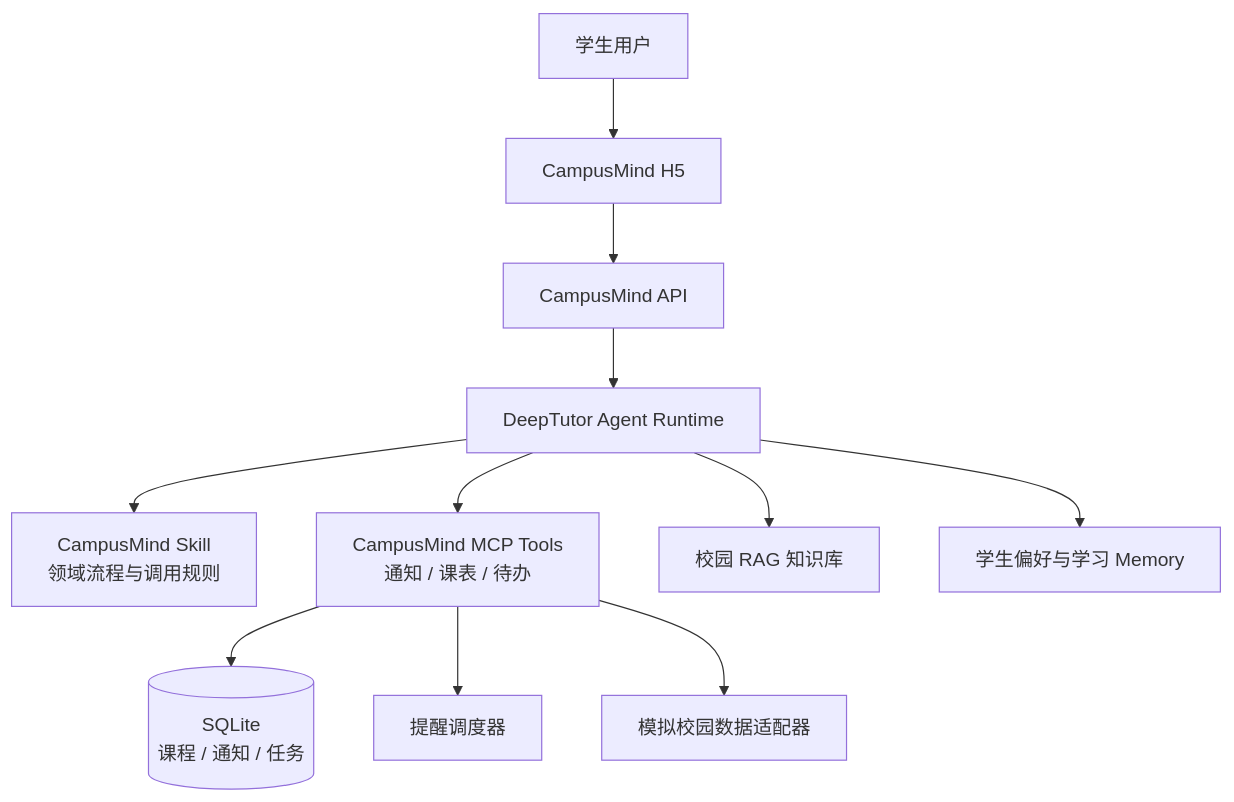
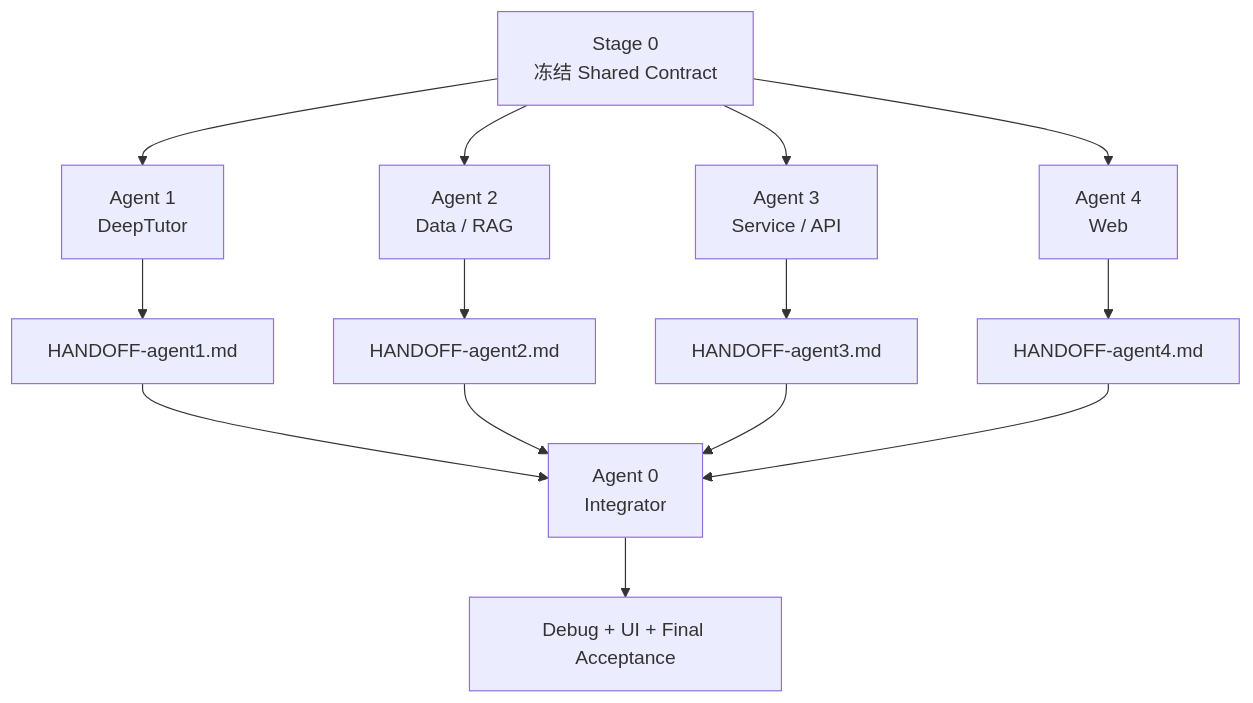
The diagram in README.md (yee01001100/CampusMind-AI), drawn with Mermaid before and after one commit. The commit also changed other lines of this file and 8 other files, not shown here.

````diff
--- a/README.md
+++ b/README.md
@@ -66,15 +47,17 @@
 ```mermaid
 flowchart TB
-    User["学生用户"] --> UI["CampusMind H5"]
-    UI --> API["CampusMind API"]
-    API --> Agent["DeepTutor Agent Runtime"]
-
-    Agent --> Skill["CampusMind Skill<br/>领域流程与调用规则"]
-    Agent --> Tools["CampusMind MCP Tools<br/>通知 / 课表 / 待办"]
-    Agent --> RAG["校园 RAG 知识库"]
-    Agent --> Memory["学生偏好与学习 Memory"]
-
-    Tools --> DB[("SQLite<br/>课程 / 通知 / 任务")]
-    Tools --> Scheduler["提醒调度器"]
-    Tools --> Adapters["模拟校园数据适配器"]
+    C["Stage 0<br/>冻结 Shared Contract"]
+    C --> A1["Agent 1<br/>DeepTutor"]
+    C --> A2["Agent 2<br/>Data / RAG"]
+    C --> A3["Agent 3<br/>Service / API"]
+    C --> A4["Agent 4<br/>Web"]
+    A1 --> H1["HANDOFF-agent1.md"]
+    A2 --> H2["HANDOFF-agent2.md"]
+    A3 --> H3["HANDOFF-agent3.md"]
+    A4 --> H4["HANDOFF-agent4.md"]
+    H1 --> A0["Agent 0<br/>Integrator"]
+    H2 --> A0
+    H3 --> A0
+    H4 --> A0
+    A0 --> QA["Debug + UI + Final Acceptance"]
 ```
````
